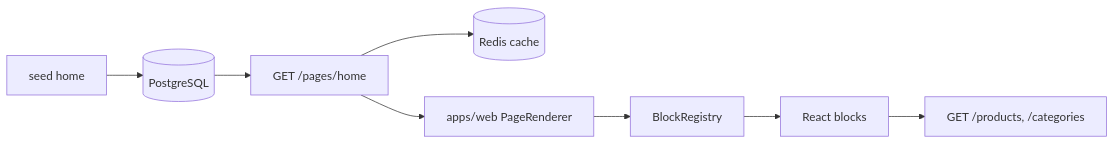
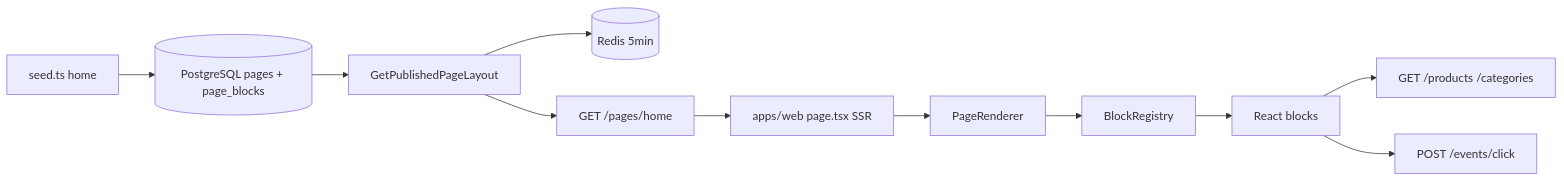
One commit to valerio-figueira/ecommerce-amazon changed the diagram in docs/cms-home-phase1.md. Above: the diagram before and after it, drawn with Mermaid. The commit also changed other lines of this file and 8 other files, not shown here.

Commit message:
Enhance documentation with detailed API REST contract, architecture overview, and database schema; implement comprehensive guides for CMS-driven home layout and worker pipelines, ensuring clarity on system design and operational procedures.

````diff
--- a/docs/cms-home-phase1.md
+++ b/docs/cms-home-phase1.md
@@ -21,10 +32,13 @@
 ```mermaid
 flowchart LR
-  Seed[seed home] --> DB[(PostgreSQL)]
-  DB --> API["GET /pages/home"]
-  API --> Cache[(Redis cache)]
-  API --> Web[apps/web PageRenderer]
-  Web --> Registry[BlockRegistry]
-  Registry --> Blocks[React blocks]
-  Blocks --> Catalog["GET /products, /categories"]
+  Seed[seed.ts home] --> DB[(PostgreSQL pages + page_blocks)]
+  DB --> UC[GetPublishedPageLayout]
+  UC --> Cache[(Redis 5min)]
+  UC --> API["GET /pages/home"]
+  API --> SSR[apps/web page.tsx SSR]
+  SSR --> PR[PageRenderer]
+  PR --> BR[BlockRegistry]
+  BR --> Blocks[React blocks]
+  Blocks --> Catalog["GET /products /categories"]
+  Blocks --> Events["POST /events/click"]
 ```
````
